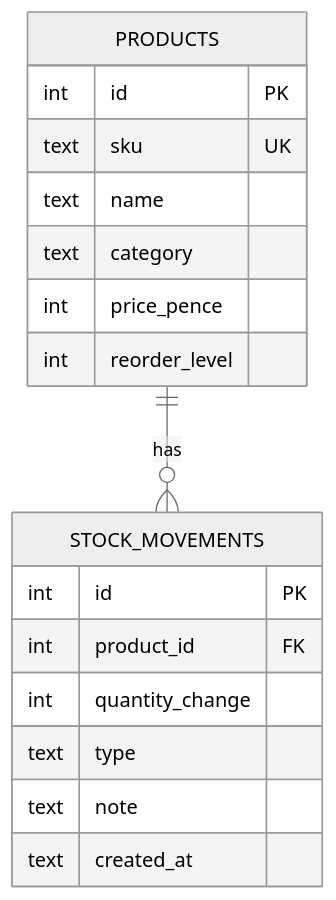
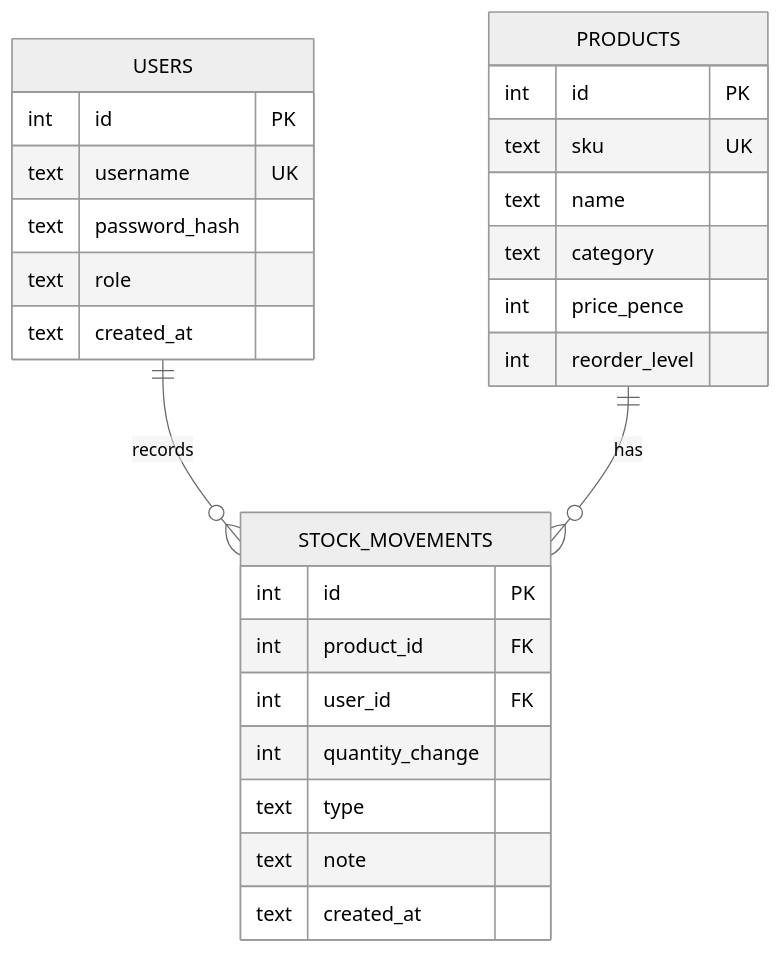
The diagram in src/db/schema.md (DeclanS2006/Stock-Control), drawn with Mermaid (neutral theme) before and after one commit. The commit also changed other lines of this file and 3 other files, not shown here.

````diff
--- a/src/db/schema.md
+++ b/src/db/schema.md
@@ -3,20 +3,29 @@
 ```mermaid
-   erDiagram
-     PRODUCTS ||--o{ STOCK_MOVEMENTS : has
-     PRODUCTS {
-       int id PK
-       text sku UK
-       text name
-       text category
-       int price_pence
-       int reorder_level
-     }
-     STOCK_MOVEMENTS {
-       int id PK
-       int product_id FK
-       int quantity_change
-       text type
-       text note
-       text created_at
-     }
+erDiagram
+  USERS ||--o{ STOCK_MOVEMENTS : records
+  PRODUCTS ||--o{ STOCK_MOVEMENTS : has
+  USERS {
+    int id PK
+    text username UK
+    text password_hash
+    text role
+    text created_at
+  }
+  PRODUCTS {
+    int id PK
+    text sku UK
+    text name
+    text category
+    int price_pence
+    int reorder_level
+  }
+  STOCK_MOVEMENTS {
+    int id PK
+    int product_id FK
+    int user_id FK
+    int quantity_change
+    text type
+    text note
+    text created_at
+  }
 ```
````
